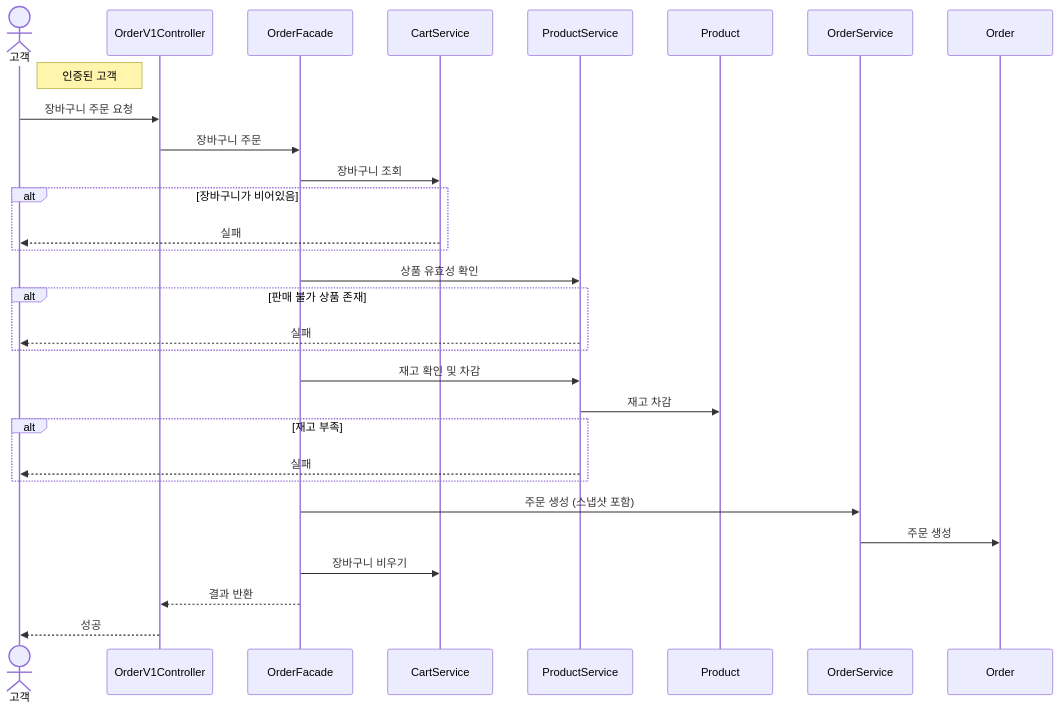
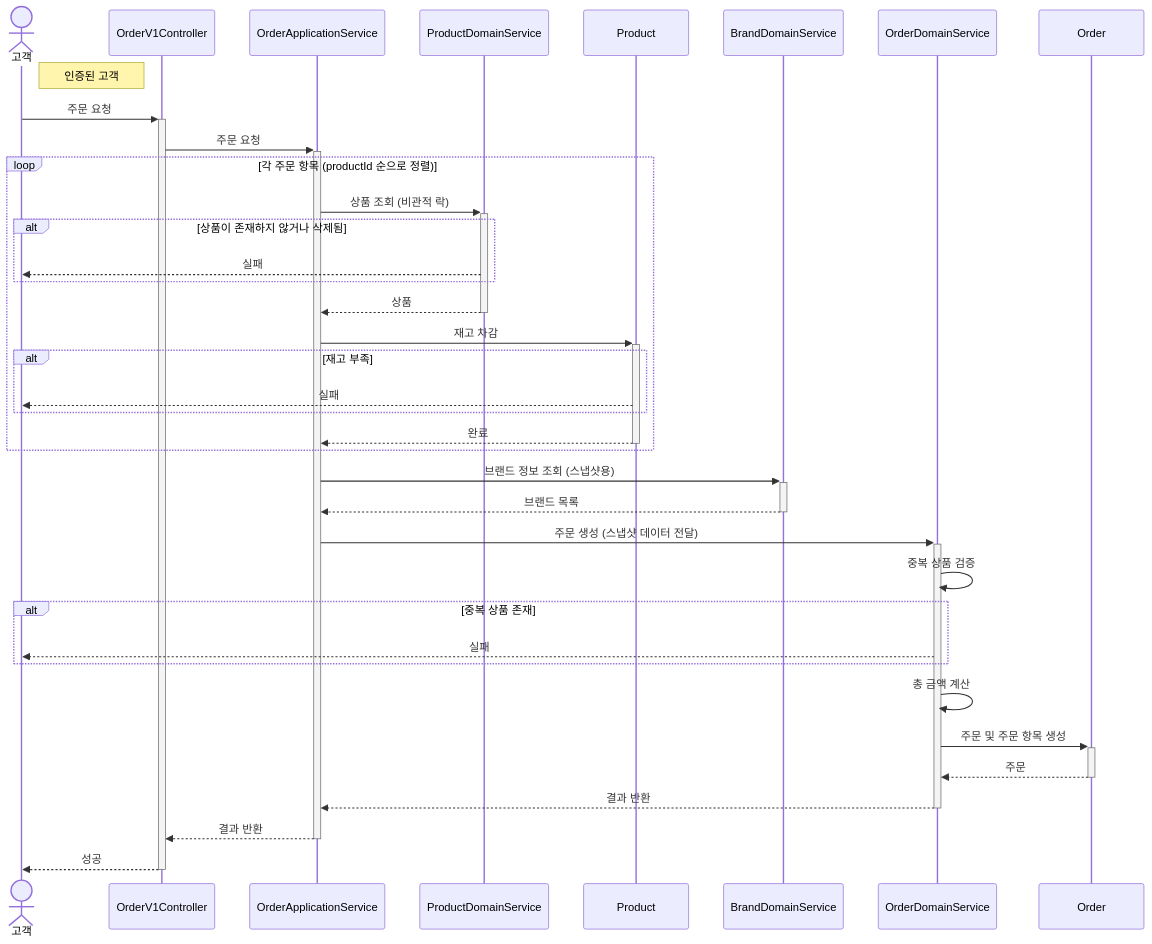
The third of 5 diagrams in .docs/02-sequence-diagrams.md (Loopers-dev-lab/loop-pack-be-l2-vol3-java), drawn with Mermaid before and after one commit. The commit also changed other lines of this file and 79 other files, not shown here.

````diff
--- a/.docs/02-sequence-diagrams.md
+++ b/.docs/02-sequence-diagrams.md
@@ -103,40 +115,45 @@
 ```mermaid
 sequenceDiagram
     actor 고객
     participant OrderV1Controller
-    participant OrderFacade
-    participant CartService
-    participant ProductService
+    participant OrderApplicationService
+    participant ProductDomainService
     participant Product
-    participant OrderService
+    participant BrandDomainService
+    participant OrderDomainService
     participant Order
 
     Note right of 고객: 인증된 고객
 
-    고객->>OrderV1Controller: 장바구니 주문 요청
-    OrderV1Controller->>OrderFacade: 장바구니 주문
+    고객->>+OrderV1Controller: 주문 요청
+    OrderV1Controller->>+OrderApplicationService: 주문 요청
 
-    OrderFacade->>CartService: 장바구니 조회
-    alt 장바구니가 비어있음
-        CartService-->>고객: 실패
+    loop 각 주문 항목 (productId 순으로 정렬)
+        OrderApplicationService->>+ProductDomainService: 상품 조회 (비관적 락)
+        alt 상품이 존재하지 않거나 삭제됨
+            ProductDomainService-->>고객: 실패
+        end
+        ProductDomainService-->>-OrderApplicationService: 상품
+        OrderApplicationService->>+Product: 재고 차감
+        alt 재고 부족
+            Product-->>고객: 실패
+        end
+        Product-->>-OrderApplicationService: 완료
     end
 
-    OrderFacade->>ProductService: 상품 유효성 확인
-    alt 판매 불가 상품 존재
-        ProductService-->>고객: 실패
+    OrderApplicationService->>+BrandDomainService: 브랜드 정보 조회 (스냅샷용)
+    BrandDomainService-->>-OrderApplicationService: 브랜드 목록
+
+    OrderApplicationService->>+OrderDomainService: 주문 생성 (스냅샷 데이터 전달)
+    OrderDomainService->>OrderDomainService: 중복 상품 검증
+    alt 중복 상품 존재
+        OrderDomainService-->>고객: 실패
     end
+    OrderDomainService->>OrderDomainService: 총 금액 계산
+    OrderDomainService->>+Order: 주문 및 주문 항목 생성
+    Order-->>-OrderDomainService: 주문
 
-    OrderFacade->>ProductService: 재고 확인 및 차감
-    ProductService->>Product: 재고 차감
-    alt 재고 부족
-        ProductService-->>고객: 실패
-    end
-
-    OrderFacade->>OrderService: 주문 생성 (스냅샷 포함)
-    OrderService->>Order: 주문 생성
-
-    OrderFacade->>CartService: 장바구니 비우기
-
-    OrderFacade-->>OrderV1Controller: 결과 반환
-    OrderV1Controller-->>고객: 성공
+    OrderDomainService-->>-OrderApplicationService: 결과 반환
+    OrderApplicationService-->>-OrderV1Controller: 결과 반환
+    OrderV1Controller-->>-고객: 성공
 ```
````
